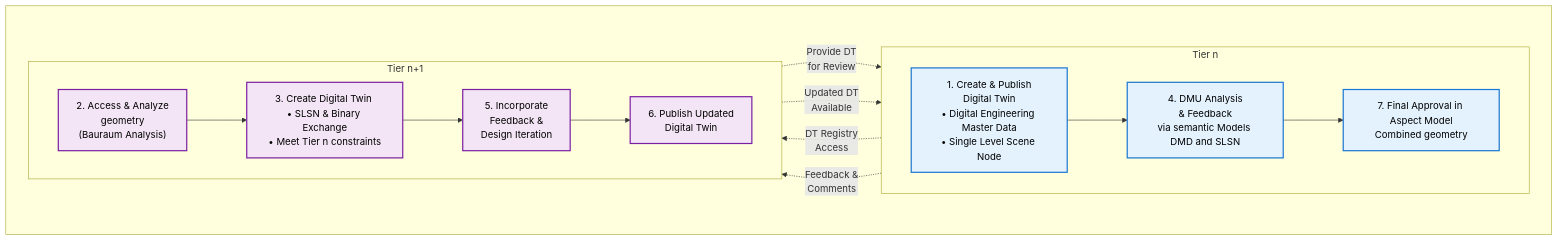
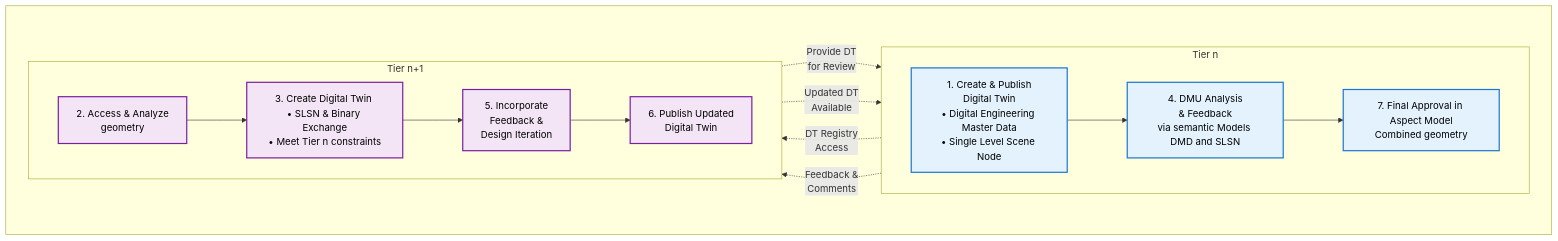
The third of 3 diagrams in docs-kits/kits/geometry-kit/adoption-view.md (MartinEnders/eclipse-tractusx.github.io), drawn with Mermaid before and after one commit. The commit also changed other lines of this file, not shown here.

Commit message:
removed: unnessesary comments, fixed: Wording, Tier n, Diagrams; added: file type desc column to table

````diff
--- a/docs-kits/kits/geometry-kit/adoption-view.md
+++ b/docs-kits/kits/geometry-kit/adoption-view.md
@@ -245,35 +191,35 @@
 ```mermaid
 flowchart LR
     subgraph Timeline [" "]
         direction LR
         
         subgraph TierN ["Tier n"]
             direction LR
             OEM1["1. Create & Publish<br/>Digital Twin<br/>• Digital Engineering Master Data<br/>• Single Level Scene Node"] 
             OEM1 --> OEM2["4. DMU Analysis<br/>& Feedback<br/>via semantic Models DMD and SLSN"]
             OEM2 --> OEM3["7. Final Approval in Aspect Model<br/>Combined geometry"]
         end
         
         subgraph TierN1 ["Tier n+1"]
             direction LR
-            SUP1["2. Access & Analyze<br/> geometry<br/>(Bauraum Analysis)"] 
+            SUP1["2. Access & Analyze<br/> geometry<br/>"] 
             SUP1 --> SUP2["3. Create Digital Twin <br/>• SLSN & Binary Exchange<br/>• Meet Tier n constraints"]
             SUP2 --> SUP3["5. Incorporate<br/>Feedback &<br/>Design Iteration"]
             SUP3 --> SUP4["6. Publish Updated<br/>Digital Twin"]
         end
         
     end
     
     %% Cross-tier interactions
     OEM1 -.->|"DT Registry<br/>Access"| SUP1
     SUP2 -.->|"Provide DT<br/>for Review"| OEM2
     OEM2 -.->|"Feedback &<br/>Comments"| SUP3
     SUP4 -.->|"Updated DT<br/>Available"| OEM3
         
     classDef oemStyle fill:#e3f2fd,stroke:#1976d2,stroke-width:2px,color:#000
     classDef supStyle fill:#f3e5f5,stroke:#7b1fa2,stroke-width:2px,color:#000
     classDef interaction stroke:#ff6f00,stroke-width:2px,stroke-dasharray: 5 5
     
     class OEM1,OEM2,OEM3 oemStyle
     class SUP1,SUP2,SUP3,SUP4 supStyle
 ```
````
